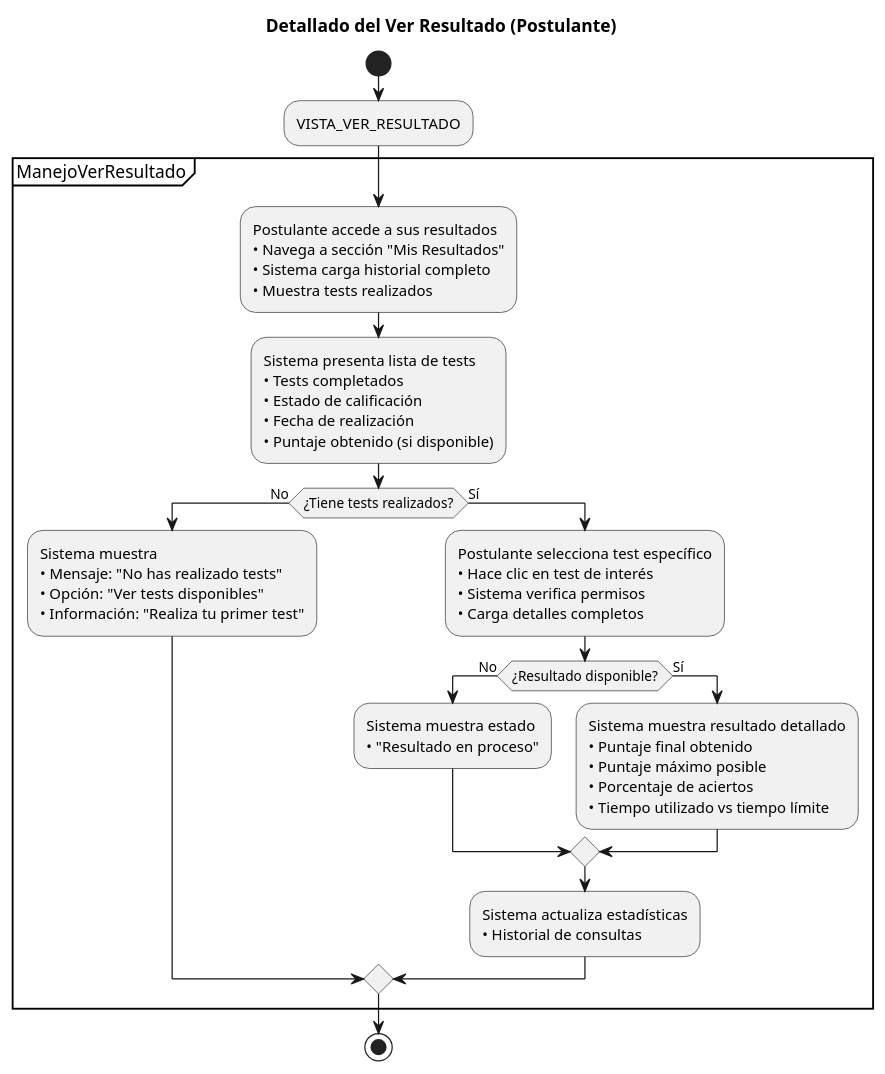
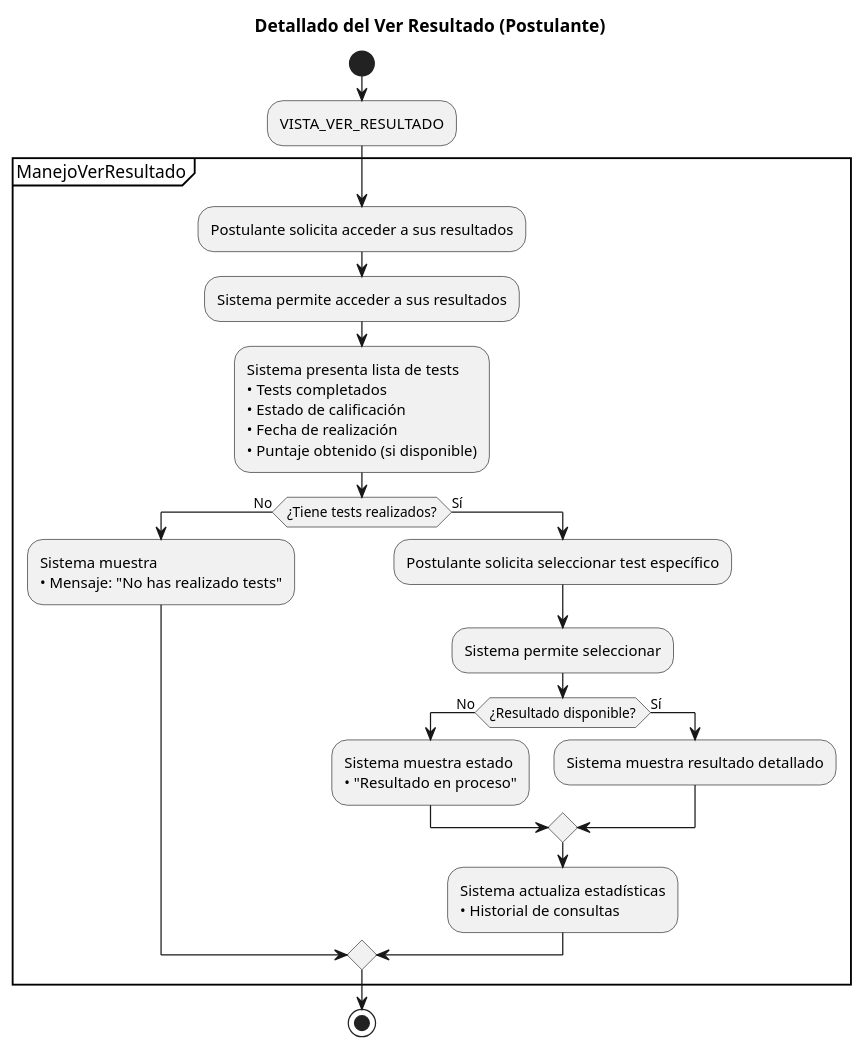
The diagram in casos_de_uso/diagramas_casos_de_uso_detallados/ver_resultados.puml (Dievex/24-25-IdSw1-SDR), drawn with PlantUML before and after one commit.

Commit message:
refactor(diagrams): simplify ver_resultados.puml use case diagram

```diff
--- a/casos_de_uso/diagramas_casos_de_uso_detallados/ver_resultados.puml
+++ b/casos_de_uso/diagramas_casos_de_uso_detallados/ver_resultados.puml
@@ -1,57 +1,49 @@
 @startuml
 title Detallado del Ver Resultado (Postulante)
 
 start
 
 :VISTA_VER_RESULTADO;
 
 partition ManejoVerResultado {
   
-  :Postulante accede a sus resultados
-  • Navega a sección "Mis Resultados"
-  • Sistema carga historial completo
-  • Muestra tests realizados;
+  :Postulante solicita acceder a sus resultados;
+
+  :Sistema permite acceder a sus resultados;
   
   :Sistema presenta lista de tests
   • Tests completados
   • Estado de calificación
   • Fecha de realización
   • Puntaje obtenido (si disponible);
   
   if (¿Tiene tests realizados?) then (No)
     :Sistema muestra
-    • Mensaje: "No has realizado tests"
-    • Opción: "Ver tests disponibles"
-    • Información: "Realiza tu primer test";
+    • Mensaje: "No has realizado tests";
     
   else (Sí)
-    :Postulante selecciona test específico
-    • Hace clic en test de interés
-    • Sistema verifica permisos
-    • Carga detalles completos;
+    :Postulante solicita seleccionar test específico;
+
+    :Sistema permite seleccionar;
     
     if (¿Resultado disponible?) then (No)
       :Sistema muestra estado
       • "Resultado en proceso";
       
       
     else (Sí)
-      :Sistema muestra resultado detallado
-      • Puntaje final obtenido
-      • Puntaje máximo posible
-      • Porcentaje de aciertos
-      • Tiempo utilizado vs tiempo límite;
+      :Sistema muestra resultado detallado;
       
       
     endif
     
     :Sistema actualiza estadísticas
     • Historial de consultas;
     
     
   endif
   
 }
 
 stop
 @enduml
```
